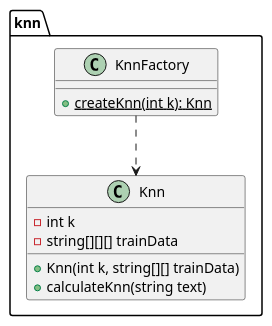
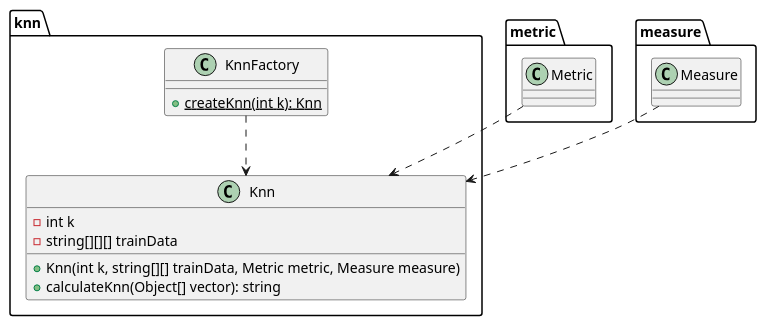
Before and after one commit to kambed/Computer-Recognition-Systems: the seventh of 10 diagrams in README.md, drawn with PlantUML. The commit also changed other lines of this file, not shown here.

````diff
--- a/README.md
+++ b/README.md
@@ -309,14 +308,20 @@
 ```plantuml
 package knn {
     class Knn {
         - int k
         - string[][][] trainData
-        + Knn(int k, string[][] trainData)
-        + calculateKnn(string text)
+        + Knn(int k, string[][] trainData, Metric metric, Measure measure)
+        + calculateKnn(Object[] vector): string
     }
     class KnnFactory {
         + {static} createKnn(int k): Knn
     }
    KnnFactory ..> Knn
 }
+package metric {
+    Metric ..> Knn
+}
+package measure {
+    Measure ..> Knn
+}
 ```
````
